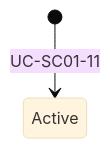
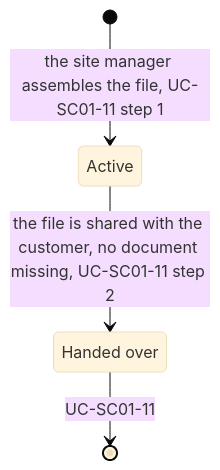
Before and after one commit to gpbcom/SimpleERP: the second of 2 diagrams in docs/specs/08-sectors/sc01-construction/data/e-sc01-13-as-built-file.md, drawn with Mermaid (base theme). The commit also changed other lines of this file and 8816 other files, not shown here.

````diff
--- a/docs/specs/08-sectors/sc01-construction/data/e-sc01-13-as-built-file.md
+++ b/docs/specs/08-sectors/sc01-construction/data/e-sc01-13-as-built-file.md
@@ -25,4 +53,7 @@
 ```mermaid
 stateDiagram-v2
-  [*] --> Active : UC-SC01-11
+  state "Handed over" as HandedOver
+  [*] --> Active : the site manager assembles the file, UC-SC01-11 step 1
+  Active --> HandedOver : the file is shared with the customer, no document missing, UC-SC01-11 step 2
+  HandedOver --> [*] : UC-SC01-11
 ```
````
